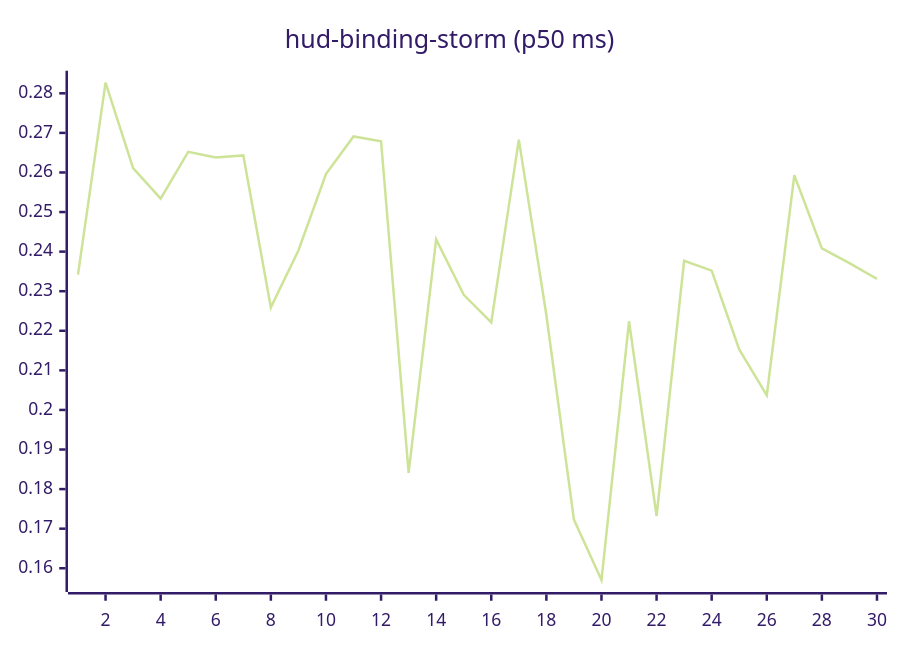
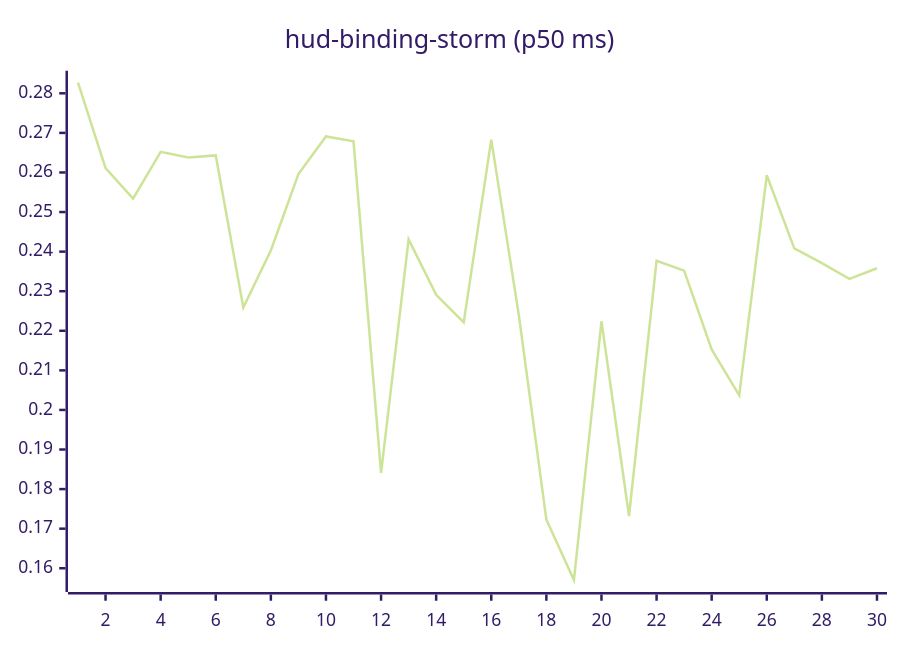
One commit to josha/Facet changed the tenth of 27 diagrams in README.md. Above: the diagram before and after it, drawn with Mermaid (forest theme). The commit also changed other lines of this file and 2 other files, not shown here.

````diff
--- a/README.md
+++ b/README.md
@@ -126,6 +126,6 @@
 ```mermaid
 xychart-beta
     title "hud-binding-storm (p50 ms)"
     x-axis 1 --> 30
-    line [0.2342, 0.2827, 0.2611, 0.2534, 0.2652, 0.2638, 0.2643, 0.2259, 0.2403, 0.2596, 0.2691, 0.2679, 0.1841, 0.2431, 0.2291, 0.2221, 0.2683, 0.2240, 0.1723, 0.1570, 0.2224, 0.1732, 0.2377, 0.2352, 0.2153, 0.2037, 0.2593, 0.2408, 0.2371, 0.2331]
+    line [0.2827, 0.2611, 0.2534, 0.2652, 0.2638, 0.2643, 0.2259, 0.2403, 0.2596, 0.2691, 0.2679, 0.1841, 0.2431, 0.2291, 0.2221, 0.2683, 0.2240, 0.1723, 0.1570, 0.2224, 0.1732, 0.2377, 0.2352, 0.2153, 0.2037, 0.2593, 0.2408, 0.2371, 0.2331, 0.2358]
 ```
````
